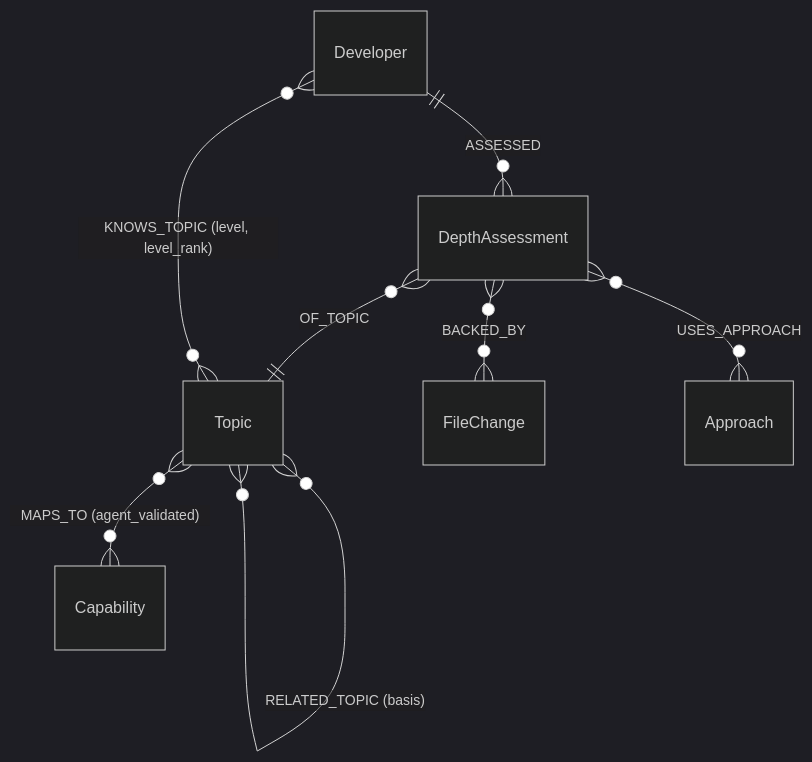
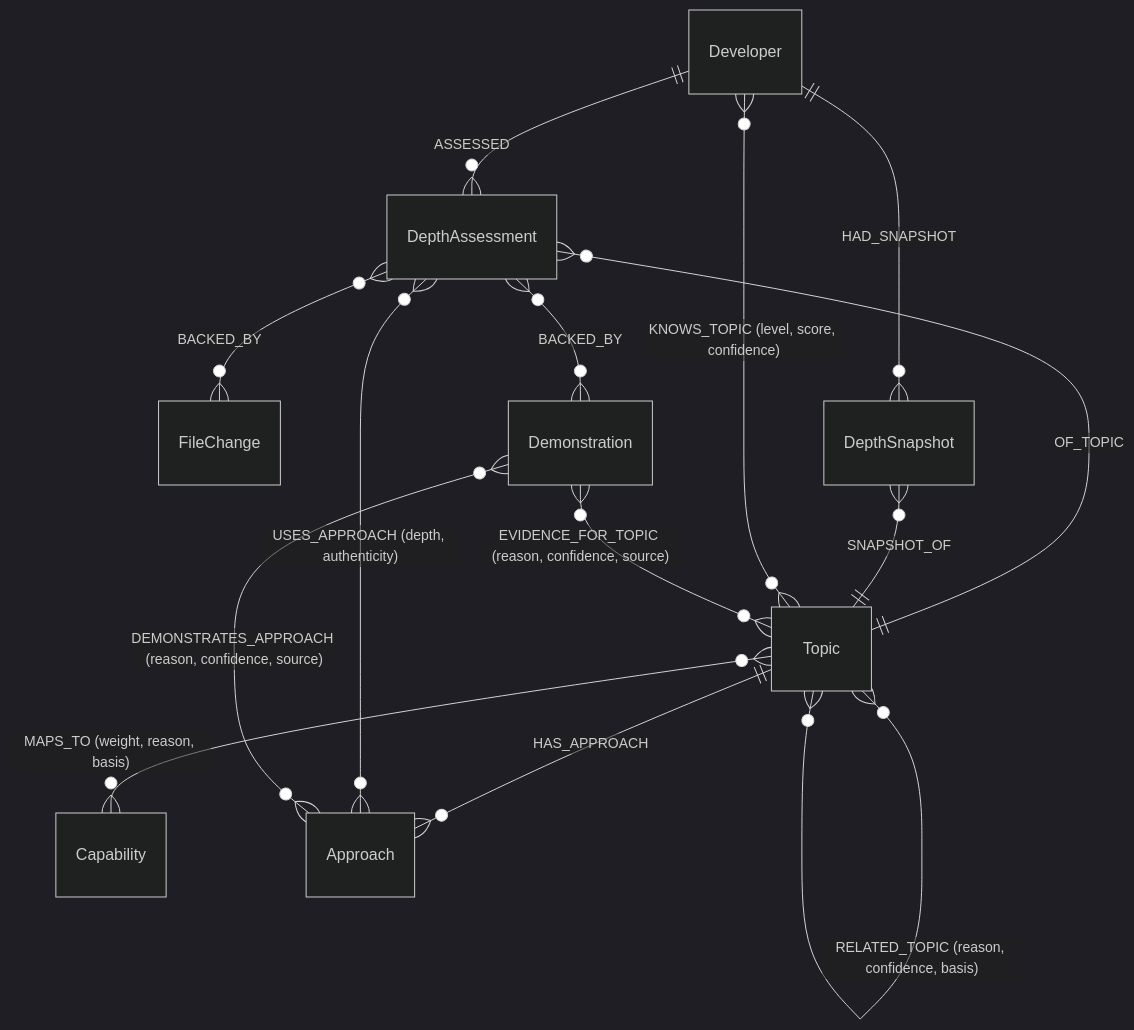
The fourth of 14 diagrams in README.md (AymaanPathan/pathaway.io), drawn with Mermaid (dark theme) before and after one commit. The commit also changed other lines of this file, not shown here.

````diff
--- a/README.md
+++ b/README.md
@@ -273,11 +285,17 @@
 ```mermaid
 erDiagram
-    Topic }o--o{ Topic : "BUILDS_ON (strength, basis)"
-    Topic }o--o{ Topic : "RELATED_TOPIC (basis)"
-    Topic }o--o{ Capability : "MAPS_TO (agent_validated)"
+    Topic }o--o{ Topic : "BUILDS_ON (strength, reason, confidence, basis)"
+    Topic }o--o{ Topic : "RELATED_TOPIC (reason, confidence, basis)"
+    Topic }o--o{ Capability : "MAPS_TO (weight, reason, basis)"
+    Topic ||--o{ Approach : HAS_APPROACH
     Developer ||--o{ DepthAssessment : ASSESSED
     DepthAssessment }o--|| Topic : OF_TOPIC
+    DepthAssessment }o--o{ Approach : "USES_APPROACH (depth, authenticity)"
     DepthAssessment }o--o{ FileChange : BACKED_BY
-    DepthAssessment }o--o{ Approach : USES_APPROACH
-    Developer }o--o{ Topic : "KNOWS_TOPIC (level, level_rank)"
+    DepthAssessment }o--o{ Demonstration : BACKED_BY
+    Developer ||--o{ DepthSnapshot : HAD_SNAPSHOT
+    DepthSnapshot }o--|| Topic : SNAPSHOT_OF
+    Developer }o--o{ Topic : "KNOWS_TOPIC (level, score, confidence)"
+    Demonstration }o--o{ Topic : "EVIDENCE_FOR_TOPIC (reason, confidence, source)"
+    Demonstration }o--o{ Approach : "DEMONSTRATES_APPROACH (reason, confidence, source)"
 ```
````
